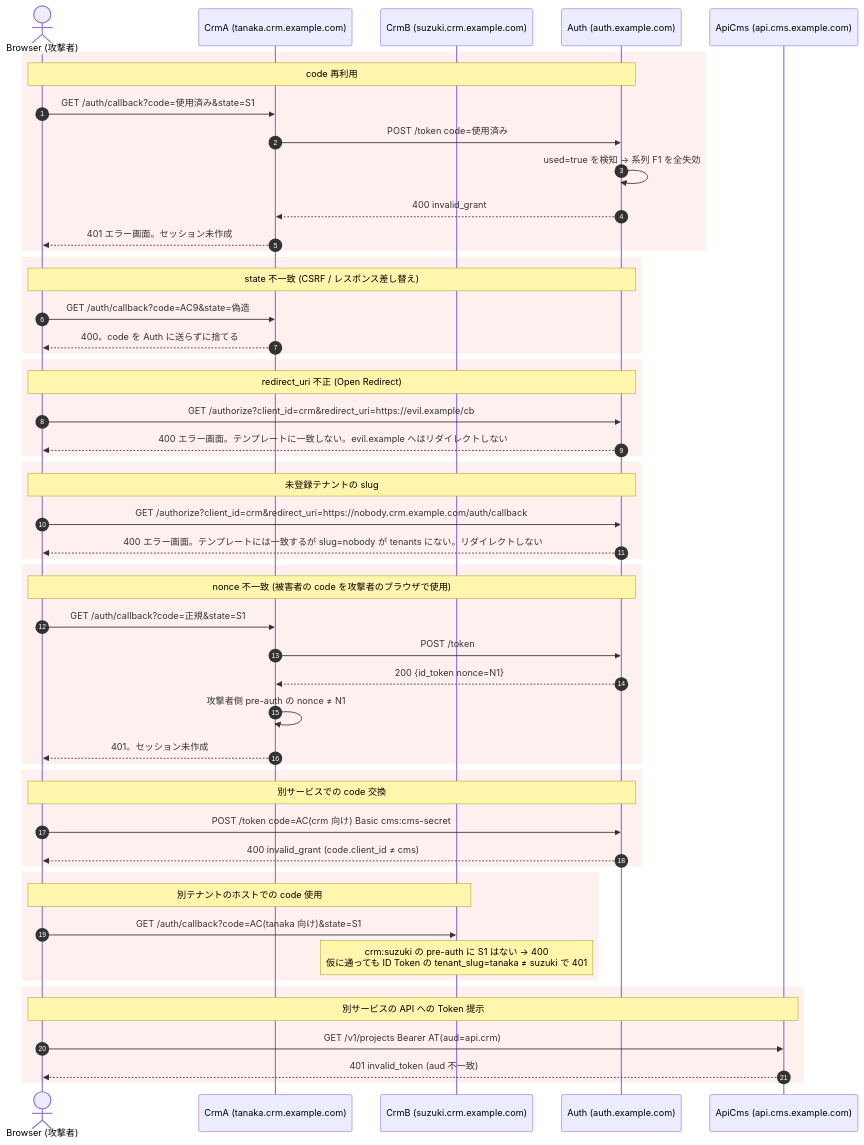
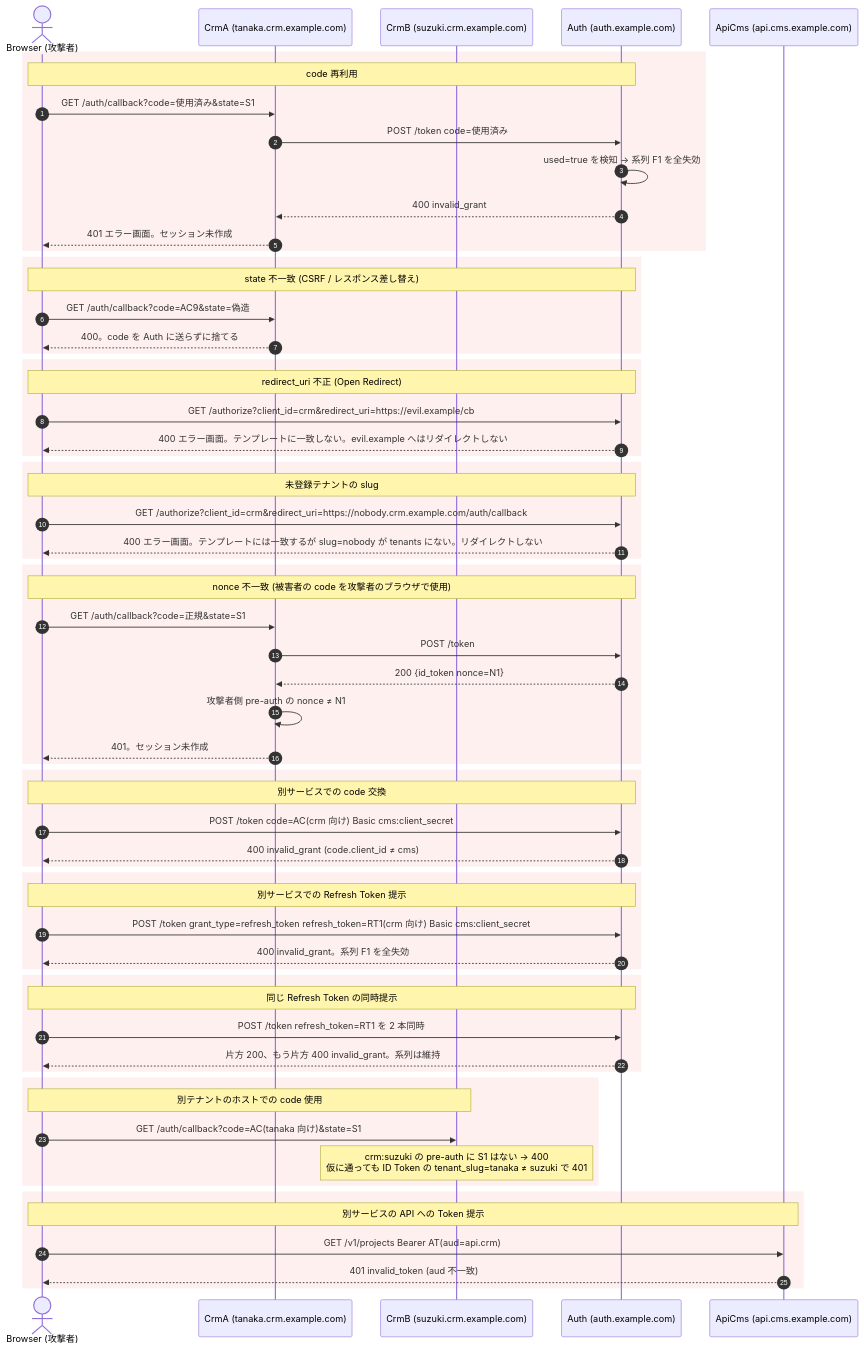
One commit to daisuke-tanabe/multi-domain-sandbox changed the tenth of 10 diagrams in docs/integration-guide.md. Above: the diagram before and after it, drawn with Mermaid. The commit also changed other lines of this file and 51 other files, not shown here.

````diff
--- a/docs/integration-guide.md
+++ b/docs/integration-guide.md
@@ -796,56 +806,66 @@
 ```mermaid
 sequenceDiagram
     autonumber
     actor Attacker as Browser (攻撃者)
     participant CrmA as CrmA (tanaka.crm.example.com)
     participant CrmB as CrmB (suzuki.crm.example.com)
     participant Auth as Auth (auth.example.com)
     participant ApiCms as ApiCms (api.cms.example.com)
 
     rect rgb(255,240,240)
     Note over Attacker,Auth: code 再利用
     Attacker->>CrmA: GET /auth/callback?code=使用済み&state=S1
     CrmA->>Auth: POST /token code=使用済み
     Auth->>Auth: used=true を検知 → 系列 F1 を全失効
     Auth-->>CrmA: 400 invalid_grant
     CrmA-->>Attacker: 401 エラー画面。セッション未作成
     end
     rect rgb(255,240,240)
     Note over Attacker,Auth: state 不一致 (CSRF / レスポンス差し替え)
     Attacker->>CrmA: GET /auth/callback?code=AC9&state=偽造
     CrmA-->>Attacker: 400。code を Auth に送らずに捨てる
     end
     rect rgb(255,240,240)
     Note over Attacker,Auth: redirect_uri 不正 (Open Redirect)
     Attacker->>Auth: GET /authorize?client_id=crm&redirect_uri=https://evil.example/cb
     Auth-->>Attacker: 400 エラー画面。テンプレートに一致しない。evil.example へはリダイレクトしない
     end
     rect rgb(255,240,240)
     Note over Attacker,Auth: 未登録テナントの slug
     Attacker->>Auth: GET /authorize?client_id=crm&redirect_uri=https://nobody.crm.example.com/auth/callback
     Auth-->>Attacker: 400 エラー画面。テンプレートには一致するが slug=nobody が tenants にない。リダイレクトしない
     end
     rect rgb(255,240,240)
     Note over Attacker,Auth: nonce 不一致 (被害者の code を攻撃者のブラウザで使用)
     Attacker->>CrmA: GET /auth/callback?code=正規&state=S1
     CrmA->>Auth: POST /token
     Auth-->>CrmA: 200 {id_token nonce=N1}
     CrmA->>CrmA: 攻撃者側 pre-auth の nonce ≠ N1
     CrmA-->>Attacker: 401。セッション未作成
     end
     rect rgb(255,240,240)
     Note over Attacker,Auth: 別サービスでの code 交換
-    Attacker->>Auth: POST /token code=AC(crm 向け) Basic cms:cms-secret
+    Attacker->>Auth: POST /token code=AC(crm 向け) Basic cms:client_secret
     Auth-->>Attacker: 400 invalid_grant (code.client_id ≠ cms)
+    end
+    rect rgb(255,240,240)
+    Note over Attacker,Auth: 別サービスでの Refresh Token 提示
+    Attacker->>Auth: POST /token grant_type=refresh_token refresh_token=RT1(crm 向け) Basic cms:client_secret
+    Auth-->>Attacker: 400 invalid_grant。系列 F1 を全失効
+    end
+    rect rgb(255,240,240)
+    Note over Attacker,Auth: 同じ Refresh Token の同時提示
+    Attacker->>Auth: POST /token refresh_token=RT1 を 2 本同時
+    Auth-->>Attacker: 片方 200、もう片方 400 invalid_grant。系列は維持
     end
     rect rgb(255,240,240)
     Note over Attacker,CrmB: 別テナントのホストでの code 使用
     Attacker->>CrmB: GET /auth/callback?code=AC(tanaka 向け)&state=S1
     Note over CrmB: crm:suzuki の pre-auth に S1 はない → 400<br/>仮に通っても ID Token の tenant_slug=tanaka ≠ suzuki で 401
     end
     rect rgb(255,240,240)
     Note over Attacker,ApiCms: 別サービスの API への Token 提示
     Attacker->>ApiCms: GET /v1/projects  Bearer AT(aud=api.crm)
     ApiCms-->>Attacker: 401 invalid_token (aud 不一致)
     end
 ```
````
